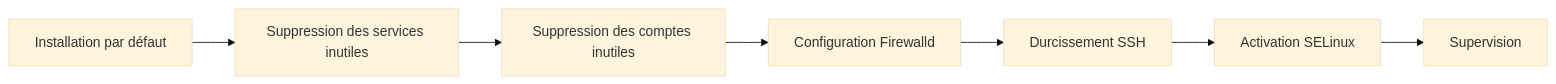
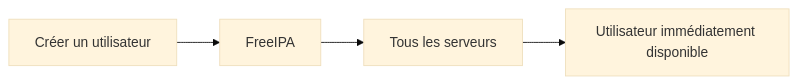
The sixth of 7 diagrams in campagne 8/8.1.md (tdelaclos/formations), drawn with Mermaid (base theme) before and after one commit. The commit also changed other lines of this file, not shown here.

````diff
--- a/campagne 8/8.1.md
+++ b/campagne 8/8.1.md
@@ -959,12 +553,11 @@
 ```mermaid
 flowchart LR
 
-Installation["Installation par défaut"]
+    A[Créer un utilisateur]
 
-Installation --> Services[Suppression des services inutiles]
-Services --> Users[Suppression des comptes inutiles]
-Users --> Firewall[Configuration Firewalld]
-Firewall --> SSH[Durcissement SSH]
-SSH --> SELinux[Activation SELinux]
-SELinux --> Monitoring[Supervision]
+    A --> B[FreeIPA]
+
+    B --> C[Tous les serveurs]
+
+    C --> D[Utilisateur immédiatement disponible]
 ```
````
